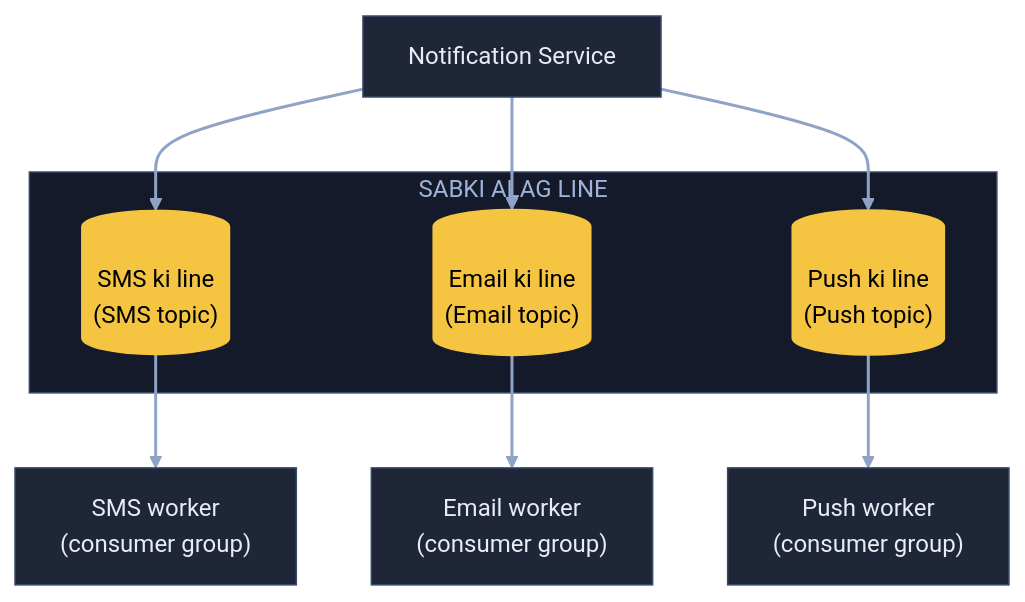
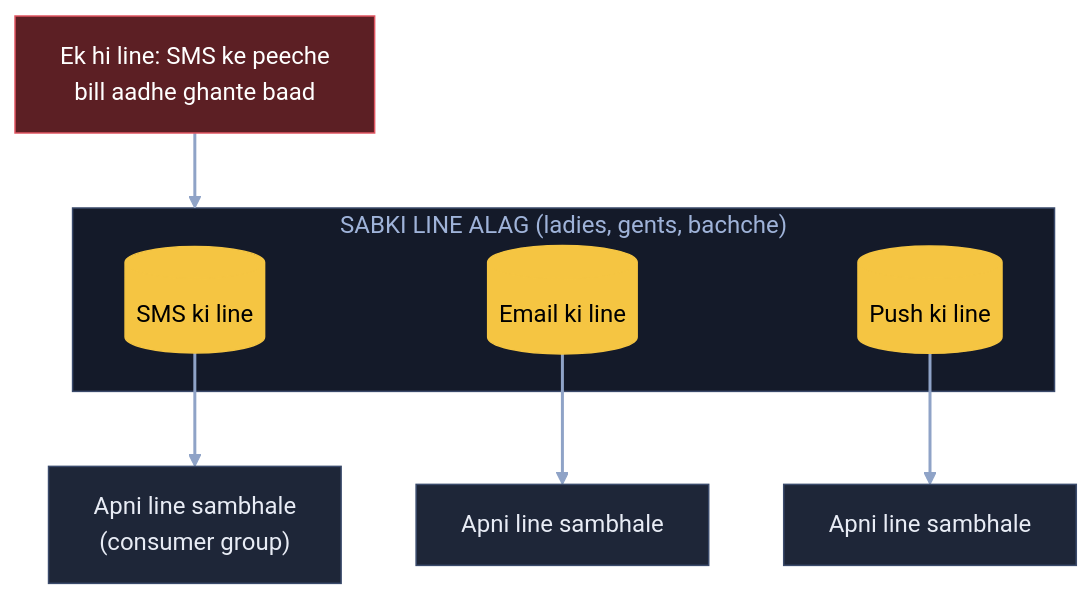
One commit to ArpanMaheshwari144/Prep changed the second of 9 diagrams in 04_HLD/SYSTEM_DESIGNS/04_notification_system/04_notification_system.md. Above: the diagram before and after it, drawn with Mermaid. The commit also changed other lines of this file, not shown here.

Commit message:
Notification: 9 diagram hand notes ke shabdon se (K9: OTP seedha, DB nahi)

````diff
--- a/04_HLD/SYSTEM_DESIGNS/04_notification_system/04_notification_system.md
+++ b/04_HLD/SYSTEM_DESIGNS/04_notification_system/04_notification_system.md
@@ -76,24 +72,22 @@
 ```mermaid
 flowchart TB
-    N["Notification Service"]:::card
-    subgraph AL["SABKI ALAG LINE"]
-        S[("SMS ki line<br/>(SMS topic)")]:::pill
-        E[("Email ki line<br/>(Email topic)")]:::pill
-        P[("Push ki line<br/>(Push topic)")]:::pill
+    X["Ek hi line: SMS ke peeche<br/>bill aadhe ghante baad"]:::bad
+    subgraph AL["SABKI LINE ALAG (ladies, gents, bachche)"]
+        S1[("SMS ki line")]:::pill
+        E1[("Email ki line")]:::pill
+        P1[("Push ki line")]:::pill
     end
-    SW["SMS worker<br/>(consumer group)"]:::card
-    EW["Email worker<br/>(consumer group)"]:::card
-    PW["Push worker<br/>(consumer group)"]:::card
-    N --> S
-    N --> E
-    N --> P
-    S --> SW
-    E --> EW
-    P --> PW
+    S2["Apni line sambhale<br/>(consumer group)"]:::card
+    E2["Apni line sambhale"]:::card
+    P2["Apni line sambhale"]:::card
+    X --> AL
+    S1 --> S2
+    E1 --> E2
+    P1 --> P2
     linkStyle default stroke:#8fa3c7,stroke-width:2px
     classDef card fill:#1e2638,stroke:#3a4a6b,color:#e8ecf5
     classDef pill fill:#f5c542,stroke:#f5c542,color:#000
     classDef good fill:#2e7d4f,stroke:#3fbf6f,color:#fff
     classDef bad fill:#5c1f24,stroke:#e05561,color:#fff
     style AL fill:#141a29,stroke:#3a4a6b,color:#9fb3d9
 ```
````
